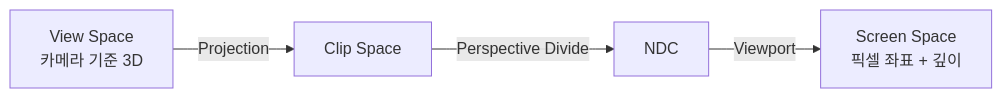
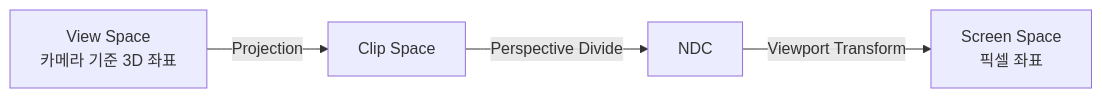
Before and after one commit to piusAI/piusai.github.io: the fourth of 6 diagrams in _posts/2026-Not-10-30-RayMarching.md, drawn with Mermaid. The commit also changed other lines of this file and 8 other files, not shown here.

````diff
--- a/_posts/2026-Not-10-30-RayMarching.md
+++ b/_posts/2026-Not-10-30-RayMarching.md
@@ -312,6 +205,7 @@
 ```mermaid
 flowchart LR
-    V[View Space<br/>카메라 기준 3D] -->|Projection| C[Clip Space]
-    C -->|Perspective Divide| N[NDC]
-    N -->|Viewport| S[Screen Space<br/>픽셀 좌표 + 깊이]
+    A["View Space<br/>카메라 기준 3D 좌표"]
+    -->|"Projection"| B["Clip Space"]
+    -->|"Perspective Divide"| C["NDC"]
+    -->|"Viewport Transform"| D["Screen Space<br/>픽셀 좌표"]
 ```
````
